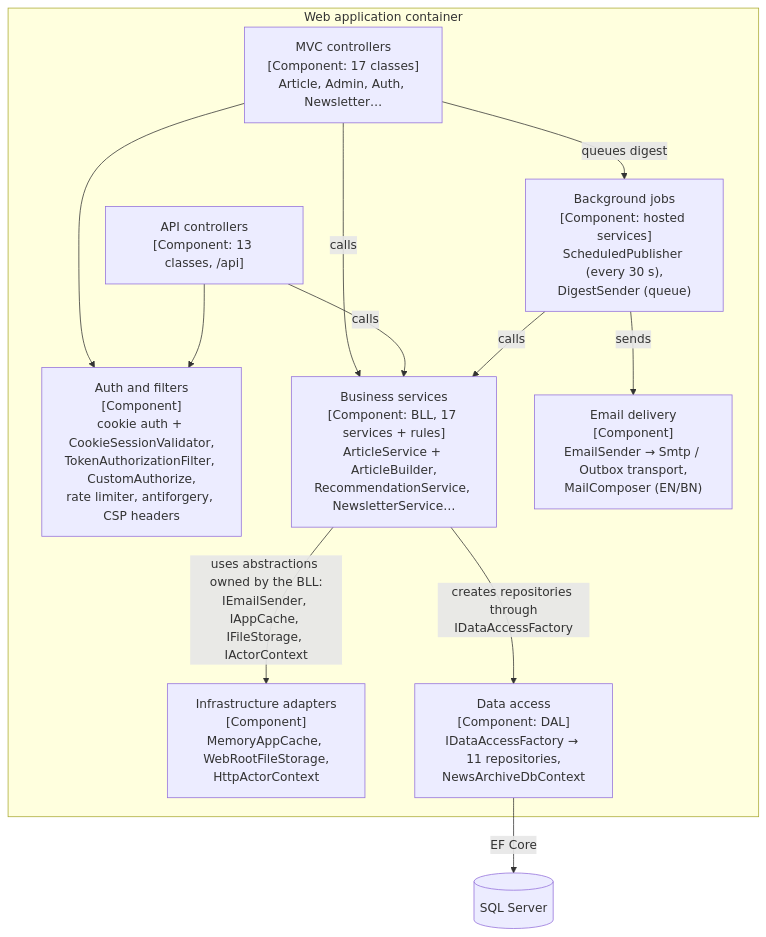
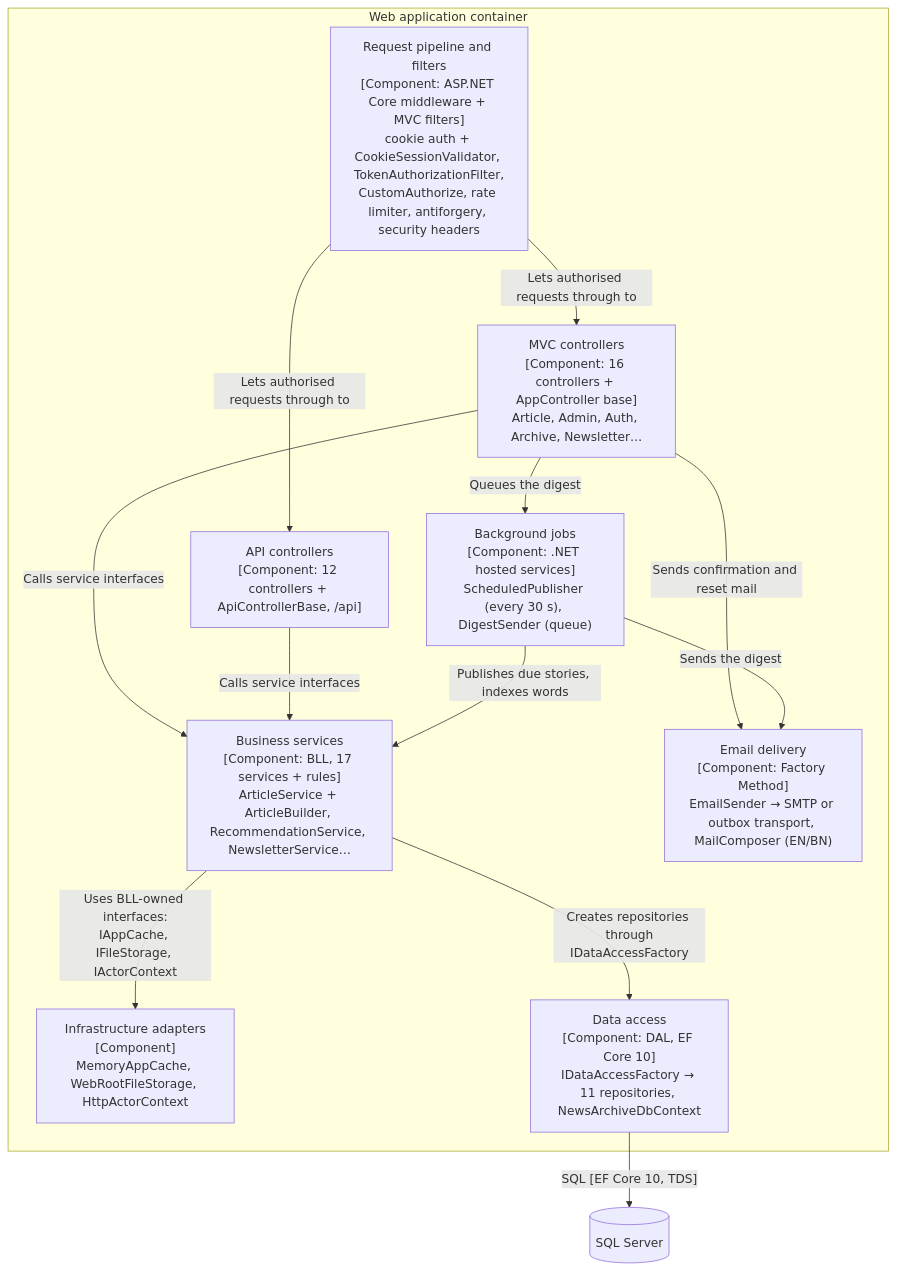
One commit to sadatnuman/News-Archive-.Net-Core-MVC-3-tier-Architecture- changed the third of 3 diagrams in sadp_delivery/09_C4_AND_4PLUS1/C4_DIAGRAMS.md. Above: the diagram before and after it, drawn with Mermaid. The commit also changed other lines of this file and 50 other files, not shown here.

First line of the commit message:
Block stale edits and concurrent decisions with clear conflicts, narrow the archive contract, report unsent production mail, add a reproducible smoke test and benchmark, and update the SADP deliverables

````diff
--- a/sadp_delivery/09_C4_AND_4PLUS1/C4_DIAGRAMS.md
+++ b/sadp_delivery/09_C4_AND_4PLUS1/C4_DIAGRAMS.md
@@ -74,24 +101,25 @@
 ```mermaid
 flowchart TB
     subgraph web[Web application container]
-        mvc["MVC controllers<br/>[Component: 17 classes]<br/>Article, Admin, Auth, Newsletter…"]
-        api["API controllers<br/>[Component: 13 classes, /api]"]
-        filters["Auth and filters<br/>[Component]<br/>cookie auth + CookieSessionValidator,<br/>TokenAuthorizationFilter, CustomAuthorize,<br/>rate limiter, antiforgery, CSP headers"]
-        svc["Business services<br/>[Component: BLL, 17 services + rules]<br/>ArticleService + ArticleBuilder,<br/>RecommendationService, NewsletterService…"]
-        jobs["Background jobs<br/>[Component: hosted services]<br/>ScheduledPublisher (every 30 s),<br/>DigestSender (queue)"]
-        mail["Email delivery<br/>[Component]<br/>EmailSender → Smtp / Outbox transport,<br/>MailComposer (EN/BN)"]
-        infra["Infrastructure adapters<br/>[Component]<br/>MemoryAppCache, WebRootFileStorage,<br/>HttpActorContext"]
-        dal["Data access<br/>[Component: DAL]<br/>IDataAccessFactory → 11 repositories,<br/>NewsArchiveDbContext"]
+        filters["Request pipeline and filters<br/>[Component: ASP.NET Core middleware + MVC filters]<br/>cookie auth + CookieSessionValidator, TokenAuthorizationFilter,<br/>CustomAuthorize, rate limiter, antiforgery, security headers"]
+        mvc["MVC controllers<br/>[Component: 16 controllers + AppController base]<br/>Article, Admin, Auth, Archive, Newsletter…"]
+        api["API controllers<br/>[Component: 12 controllers + ApiControllerBase, /api]"]
+        svc["Business services<br/>[Component: BLL, 17 services + rules]<br/>ArticleService + ArticleBuilder, RecommendationService, NewsletterService…"]
+        jobs["Background jobs<br/>[Component: .NET hosted services]<br/>ScheduledPublisher (every 30 s), DigestSender (queue)"]
+        mail["Email delivery<br/>[Component: Factory Method]<br/>EmailSender → SMTP or outbox transport, MailComposer (EN/BN)"]
+        infra["Infrastructure adapters<br/>[Component]<br/>MemoryAppCache, WebRootFileStorage, HttpActorContext"]
+        dal["Data access<br/>[Component: DAL, EF Core 10]<br/>IDataAccessFactory → 11 repositories, NewsArchiveDbContext"]
     end
     db[(SQL Server)]
-    mvc --> filters
-    api --> filters
-    mvc -- "calls" --> svc
-    api -- "calls" --> svc
-    mvc -- "queues digest" --> jobs
-    jobs -- "calls" --> svc
-    jobs -- "sends" --> mail
-    svc -- "uses abstractions owned by the BLL:<br/>IEmailSender, IAppCache, IFileStorage, IActorContext" --> infra
-    svc -- "creates repositories through<br/>IDataAccessFactory" --> dal
-    dal -- "EF Core" --> db
+    filters -- "Lets authorised requests through to" --> mvc
+    filters -- "Lets authorised requests through to" --> api
+    mvc -- "Calls service interfaces" --> svc
+    api -- "Calls service interfaces" --> svc
+    mvc -- "Queues the digest" --> jobs
+    mvc -- "Sends confirmation and reset mail" --> mail
+    jobs -- "Publishes due stories, indexes words" --> svc
+    jobs -- "Sends the digest" --> mail
+    svc -- "Uses BLL-owned interfaces:<br/>IAppCache, IFileStorage, IActorContext" --> infra
+    svc -- "Creates repositories through<br/>IDataAccessFactory" --> dal
+    dal -- "SQL [EF Core 10, TDS]" --> db
 ```
````
